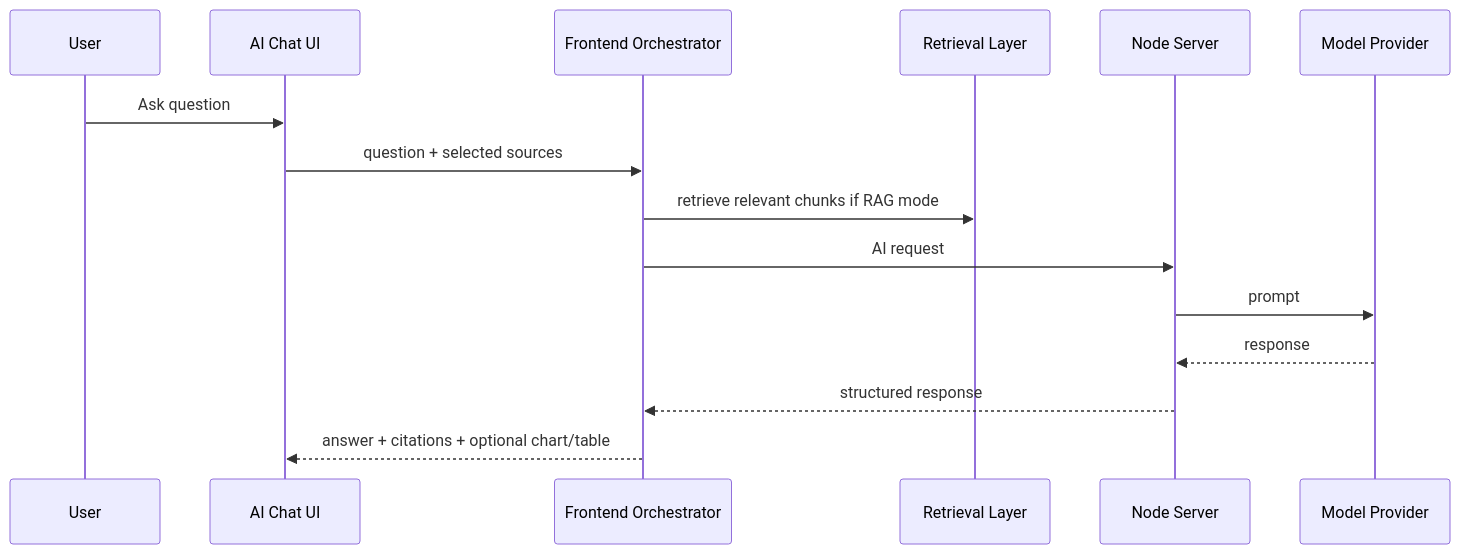
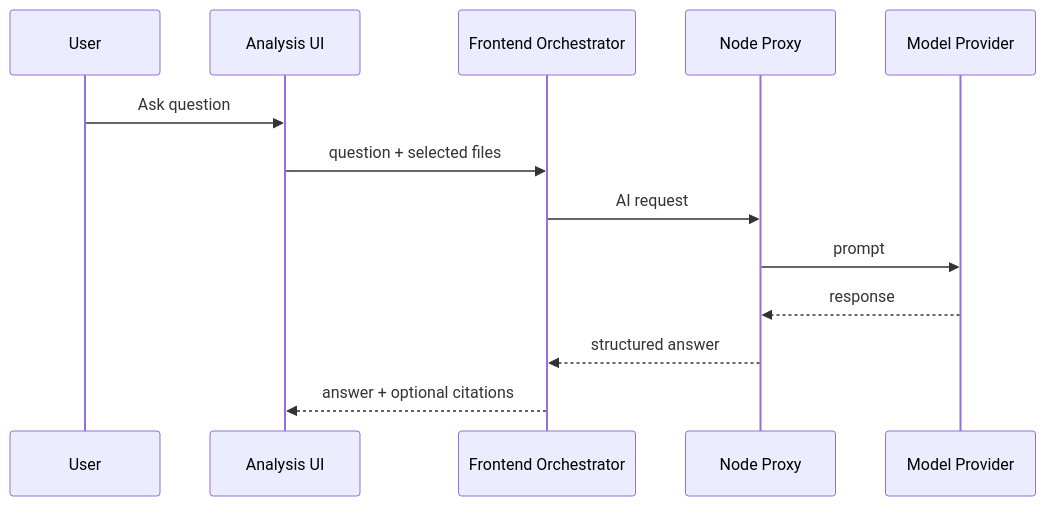
The second of 3 diagrams in README.md (mnikor/Study-Data-analysis), drawn with Mermaid before and after one commit. The commit also changed other lines of this file, not shown here.

Commit message:
Update README for current agent architecture

````diff
--- a/README.md
+++ b/README.md
@@ -132,18 +197,16 @@
 ```mermaid
 sequenceDiagram
     participant U as User
-    participant FE as AI Chat UI
+    participant FE as Analysis UI
     participant ORCH as Frontend Orchestrator
-    participant RAG as Retrieval Layer
-    participant NODE as Node Server
+    participant NODE as Node Proxy
     participant LLM as Model Provider
 
     U->>FE: Ask question
-    FE->>ORCH: question + selected sources
-    ORCH->>RAG: retrieve relevant chunks if RAG mode
+    FE->>ORCH: question + selected files
     ORCH->>NODE: AI request
     NODE->>LLM: prompt
     LLM-->>NODE: response
-    NODE-->>ORCH: structured response
-    ORCH-->>FE: answer + citations + optional chart/table
+    NODE-->>ORCH: structured answer
+    ORCH-->>FE: answer + optional citations
 ```
````
